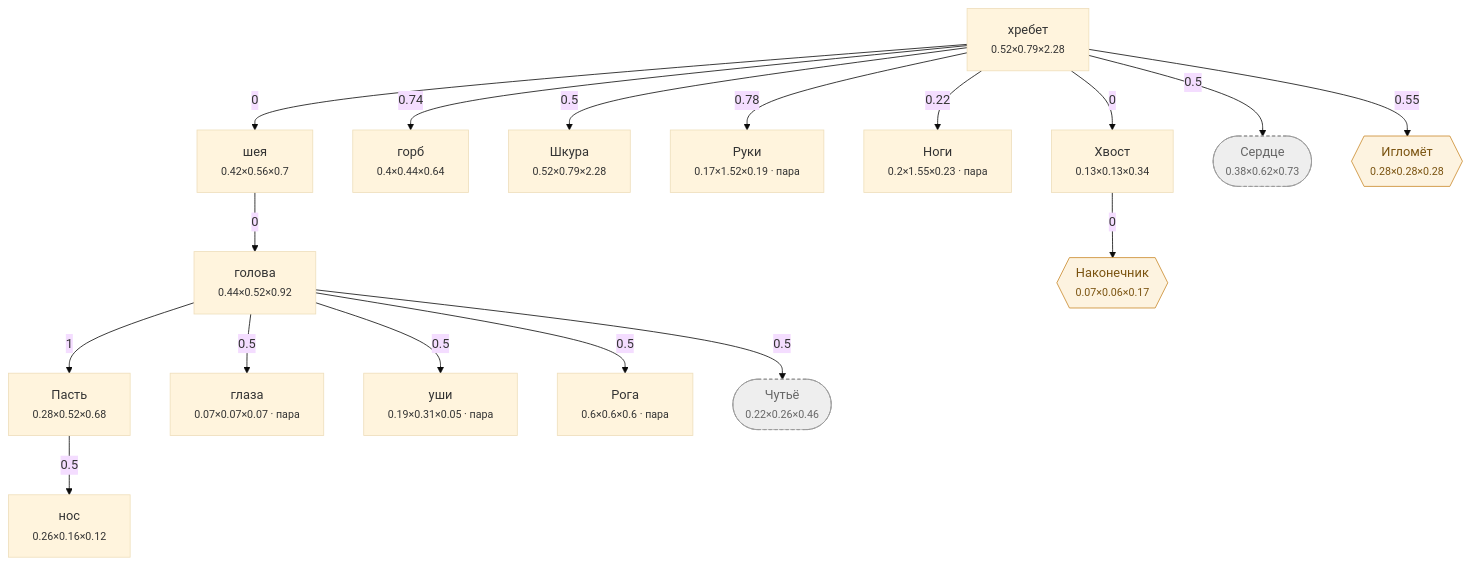
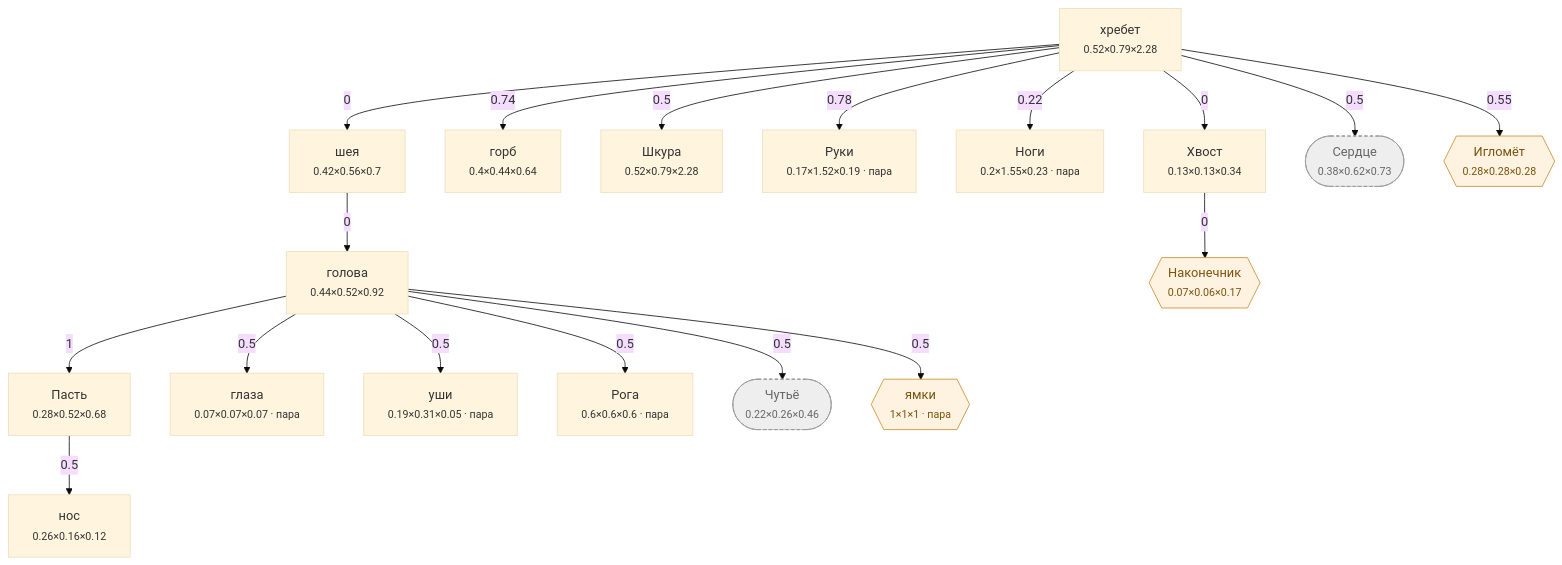
Before and after one commit to darklordshish/ChimeraEvolution-2026-06-26_15-29-59: the diagram in Docs/Диаграммы/Лось.md, drawn with Mermaid (base theme). The commit also changed other lines of this file and 15 other files, not shown here.

````diff
--- a/Docs/Диаграммы/Лось.md
+++ b/Docs/Диаграммы/Лось.md
@@ -49,43 +50,45 @@
 ```mermaid
 flowchart TD
     n0["хребет<br/><small>0.52×0.79×2.28</small>"]
     n1["нос<br/><small>0.26×0.16×0.12</small>"]
     n2["голова<br/><small>0.44×0.52×0.92</small>"]
     n3["Пасть<br/><small>0.28×0.52×0.68</small>"]
     n4["глаза<br/><small>0.07×0.07×0.07 · пара</small>"]
     n5["уши<br/><small>0.19×0.31×0.05 · пара</small>"]
     n6["шея<br/><small>0.42×0.56×0.7</small>"]
     n7["горб<br/><small>0.4×0.44×0.64</small>"]
     n8["Шкура<br/><small>0.52×0.79×2.28</small>"]
     n9["Руки<br/><small>0.17×1.52×0.19 · пара</small>"]
     n10["Ноги<br/><small>0.2×1.55×0.23 · пара</small>"]
     n11["Хвост<br/><small>0.13×0.13×0.34</small>"]
     n12["Рога<br/><small>0.6×0.6×0.6 · пара</small>"]
     n13(["Сердце<br/><small>0.38×0.62×0.73</small>"])
     n14(["Чутьё<br/><small>0.22×0.26×0.46</small>"])
     n15{{"Наконечник<br/><small>0.07×0.06×0.17</small>"}}
     n16{{"Игломёт<br/><small>0.28×0.28×0.28</small>"}}
+    n17{{"ямки<br/><small>1×1×1 · пара</small>"}}
 
     n3 -->|0.5| n1
     n6 -->|0| n2
     n2 -->|1| n3
     n2 -->|0.5| n4
     n2 -->|0.5| n5
     n0 -->|0| n6
     n0 -->|0.74| n7
     n0 -->|0.5| n8
     n0 -->|0.78| n9
     n0 -->|0.22| n10
     n0 -->|0| n11
     n2 -->|0.5| n12
     n0 -->|0.5| n13
     n2 -->|0.5| n14
     n11 -->|0| n15
     n0 -->|0.55| n16
+    n2 -->|0.5| n17
 
     classDef hid fill:#eee,stroke:#999,stroke-dasharray:4 3,color:#666
     classDef gr fill:#fdf3e0,stroke:#c98a2b,color:#7a5310
     classDef ch fill:#e8f2ff,stroke:#3b74c4,color:#1c3f70
     class n13,n14 hid
-    class n15,n16 gr
+    class n15,n16,n17 gr
 ```
````
